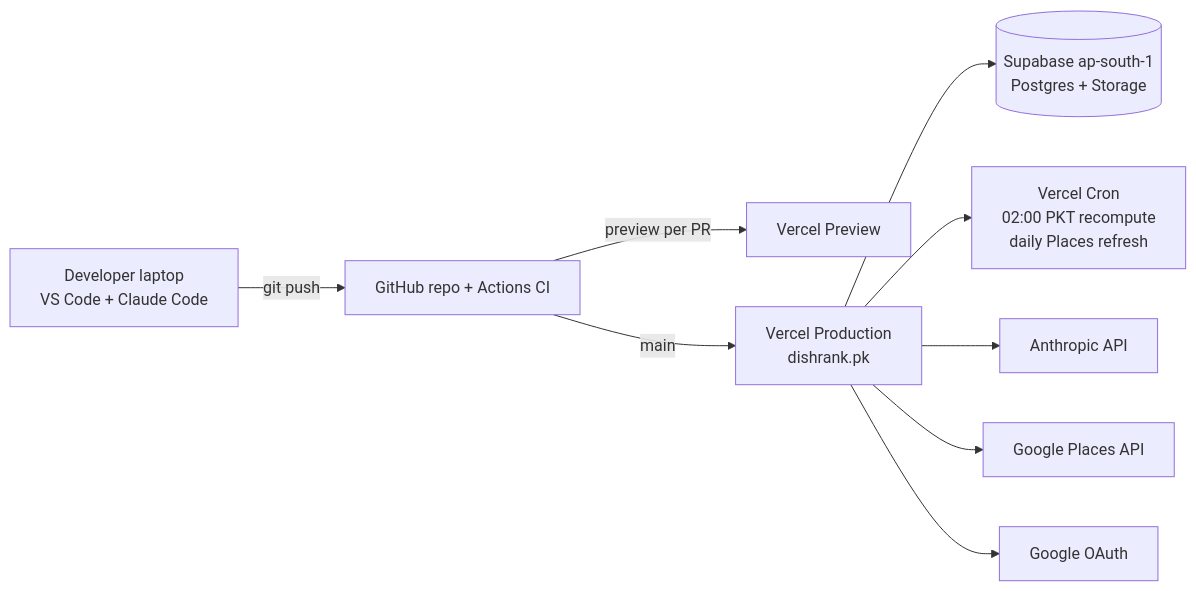
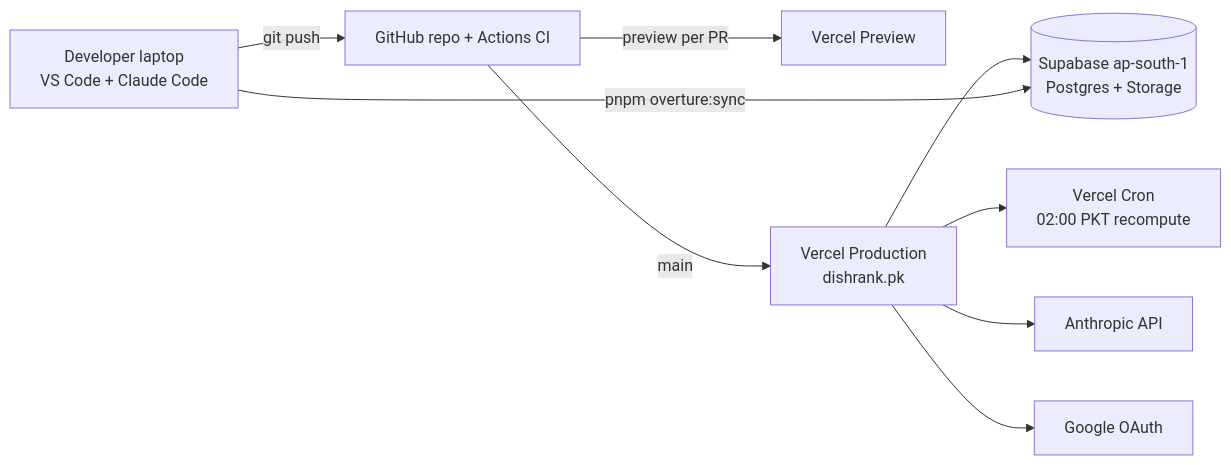
The diagram in docs/diagrams/deployment.mmd (JawadSarfraz/dishrank), drawn with Mermaid before and after one commit. The commit also changed 19 other files, not shown here.

```diff
--- a/docs/diagrams/deployment.mmd
+++ b/docs/diagrams/deployment.mmd
@@ -1,9 +1,9 @@
 flowchart LR
   Dev["Developer laptop<br/>VS Code + Claude Code"] -->|git push| GH["GitHub repo + Actions CI"]
   GH -->|preview per PR| VP["Vercel Preview"]
   GH -->|main| VProd["Vercel Production<br/>dishrank.pk"]
   VProd --> SB[("Supabase ap-south-1<br/>Postgres + Storage")]
-  VProd --> Cron["Vercel Cron<br/>02:00 PKT recompute<br/>daily Places refresh"]
+  VProd --> Cron["Vercel Cron<br/>02:00 PKT recompute"]
   VProd --> Ant["Anthropic API"]
-  VProd --> GP["Google Places API"]
   VProd --> GO["Google OAuth"]
+  Dev -->|pnpm overture:sync| SB
```
